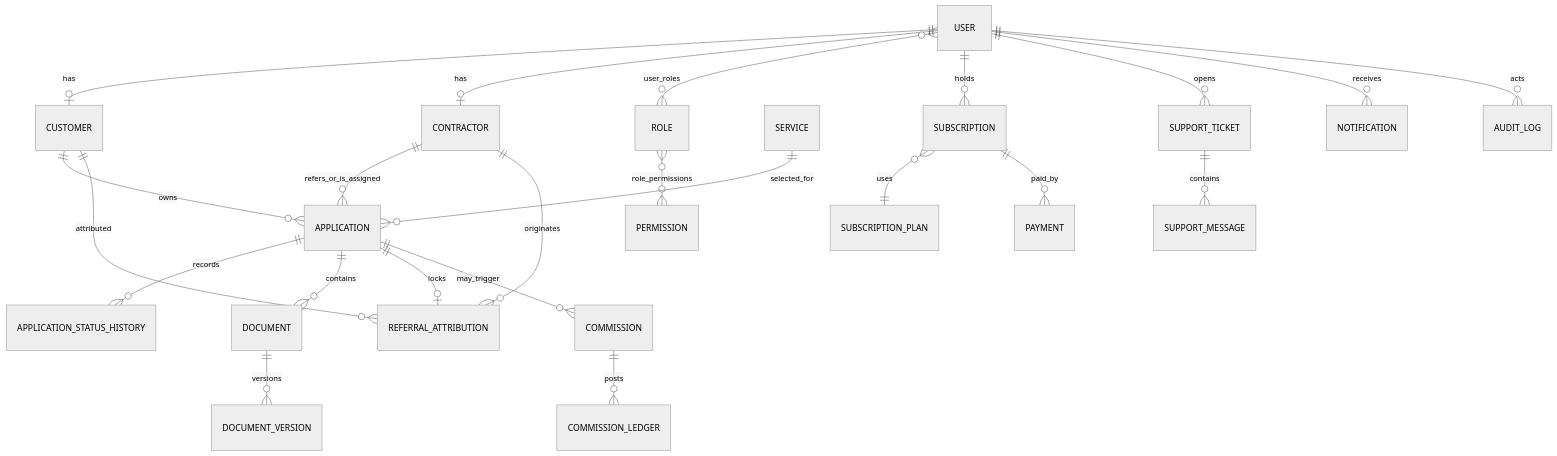
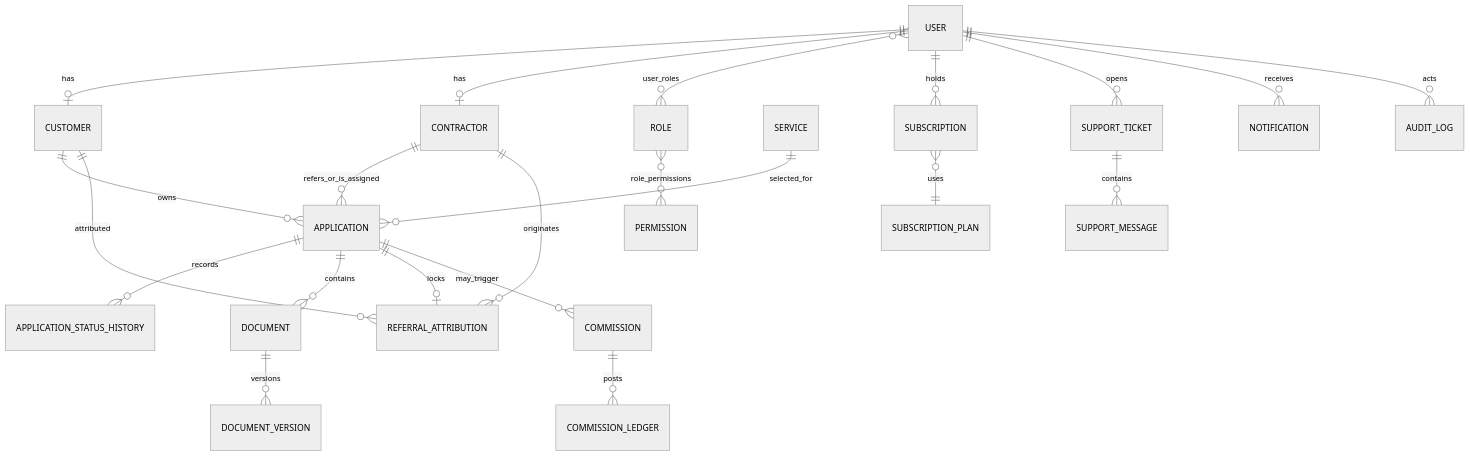
One commit to vfsgrouplons-cell/vfs_website changed the diagram in docs/PHASE_1_ARCHITECTURE.md. Above: the diagram before and after it, drawn with Mermaid (neutral theme). The commit also changed other lines of this file and 41 other files, not shown here.

````diff
--- a/docs/PHASE_1_ARCHITECTURE.md
+++ b/docs/PHASE_1_ARCHITECTURE.md
@@ -130,25 +130,24 @@
 ```mermaid
 erDiagram
   USER ||--o| CUSTOMER : has
   USER ||--o| CONTRACTOR : has
   USER }o--o{ ROLE : user_roles
   ROLE }o--o{ PERMISSION : role_permissions
   CUSTOMER ||--o{ APPLICATION : owns
   CONTRACTOR ||--o{ APPLICATION : refers_or_is_assigned
   SERVICE ||--o{ APPLICATION : selected_for
   APPLICATION ||--o{ APPLICATION_STATUS_HISTORY : records
   APPLICATION ||--o{ DOCUMENT : contains
   DOCUMENT ||--o{ DOCUMENT_VERSION : versions
   CONTRACTOR ||--o{ REFERRAL_ATTRIBUTION : originates
   CUSTOMER ||--o{ REFERRAL_ATTRIBUTION : attributed
   APPLICATION ||--o| REFERRAL_ATTRIBUTION : locks
   USER ||--o{ SUBSCRIPTION : holds
   SUBSCRIPTION }o--|| SUBSCRIPTION_PLAN : uses
-  SUBSCRIPTION ||--o{ PAYMENT : paid_by
   APPLICATION ||--o{ COMMISSION : may_trigger
   COMMISSION ||--o{ COMMISSION_LEDGER : posts
   USER ||--o{ SUPPORT_TICKET : opens
   SUPPORT_TICKET ||--o{ SUPPORT_MESSAGE : contains
   USER ||--o{ NOTIFICATION : receives
   USER ||--o{ AUDIT_LOG : acts
 ```
````
